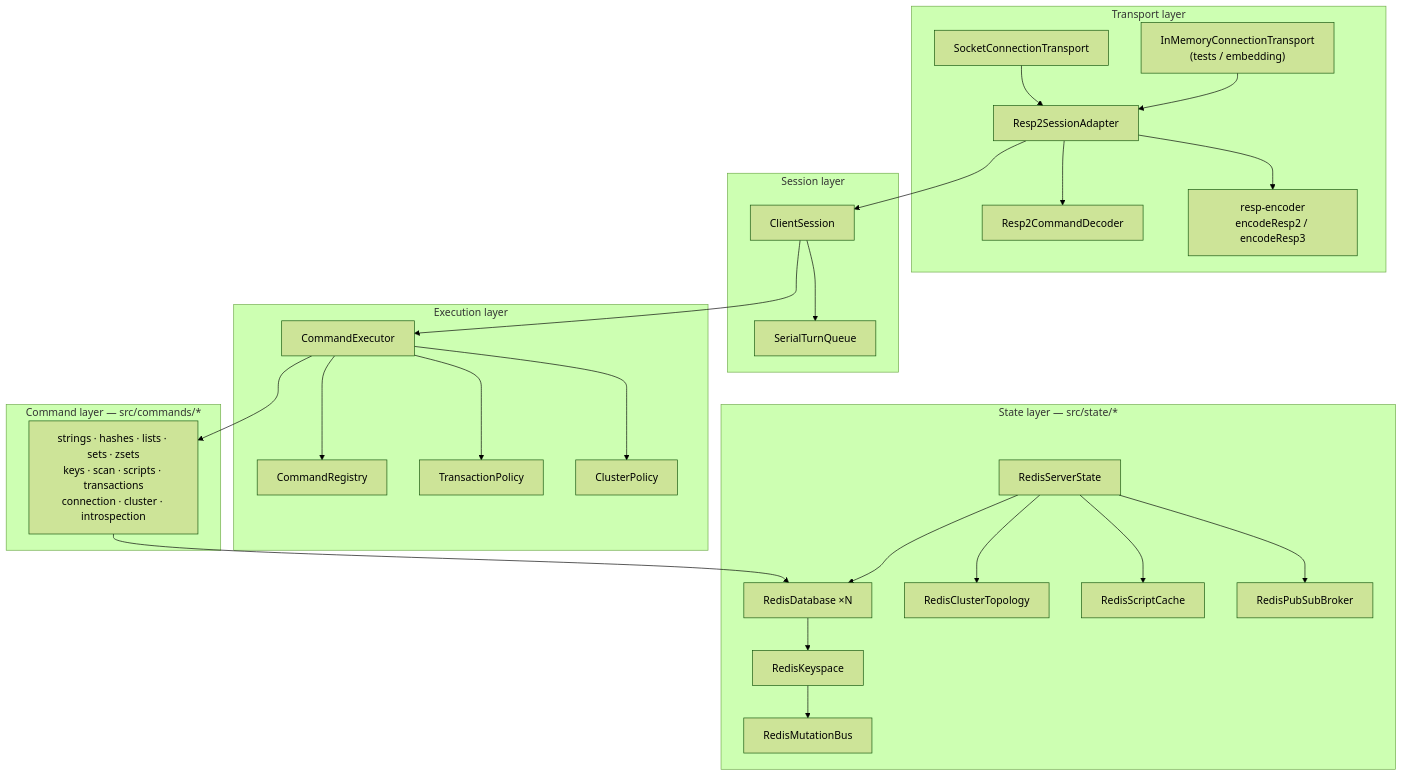
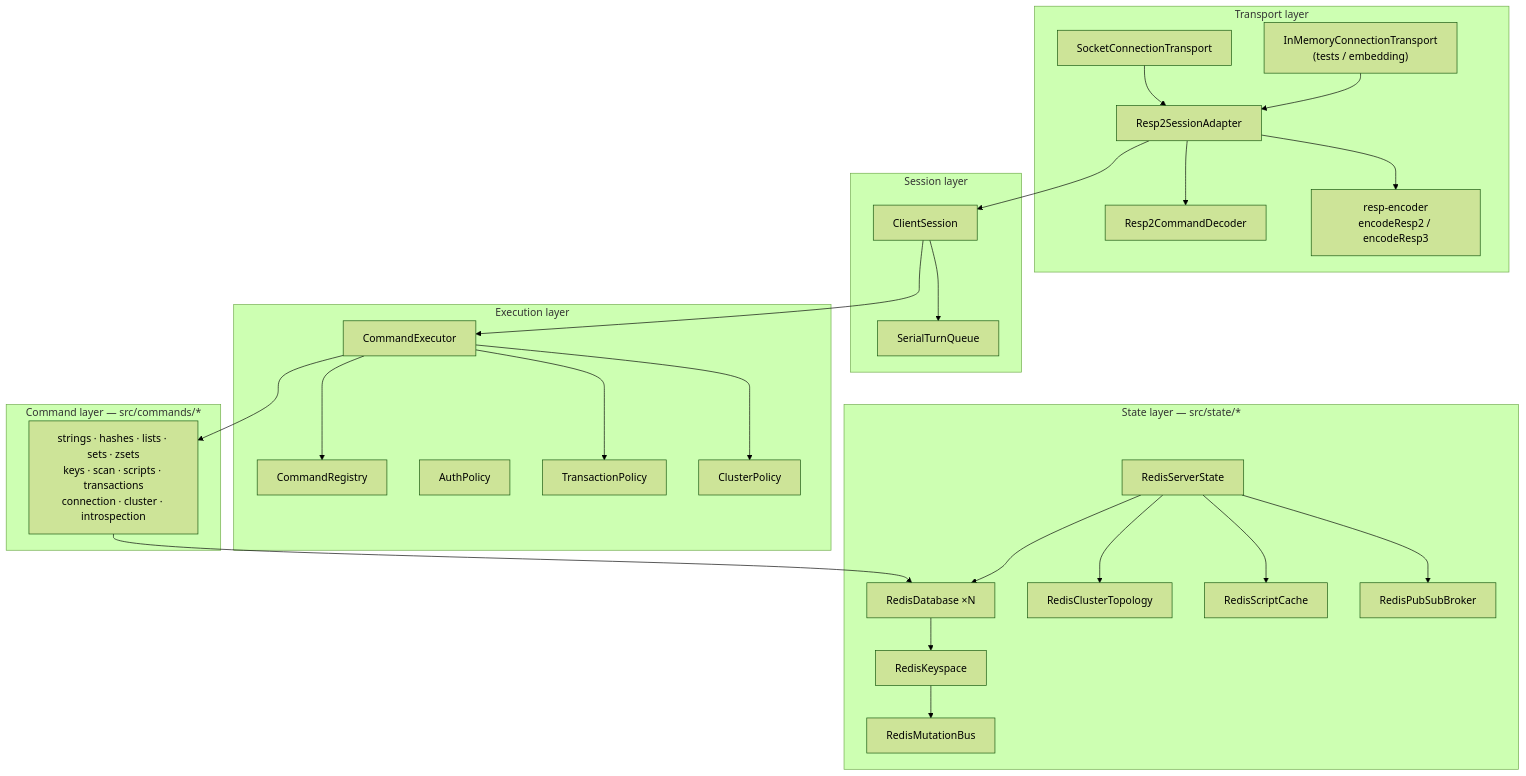
One commit to fatal10110/js-redis-server changed the second of 6 diagrams in docs/ARCHITECTURE.md. Above: the diagram before and after it, drawn with Mermaid (forest theme). The commit also changed other lines of this file and 18 other files, not shown here.

````diff
--- a/docs/ARCHITECTURE.md
+++ b/docs/ARCHITECTURE.md
@@ -64,54 +64,55 @@
 ```mermaid
 graph TD
     subgraph "Transport layer"
         ST[SocketConnectionTransport]
         IT["InMemoryConnectionTransport<br/>(tests / embedding)"]
         SA[Resp2SessionAdapter]
         DEC[Resp2CommandDecoder]
         ENC["resp-encoder<br/>encodeResp2 / encodeResp3"]
     end
 
     subgraph "Session layer"
         CS[ClientSession]
         TQ[SerialTurnQueue]
     end
 
     subgraph "Execution layer"
         CE[CommandExecutor]
         CR[CommandRegistry]
+        AP[AuthPolicy]
         TP[TransactionPolicy]
         CP[ClusterPolicy]
     end
 
     subgraph "Command layer — src/commands/*"
         CMD["strings · hashes · lists · sets · zsets<br/>keys · scan · scripts · transactions<br/>connection · cluster · introspection"]
     end
 
     subgraph "State layer — src/state/*"
         SS[RedisServerState]
         RD["RedisDatabase ×N"]
         KS[RedisKeyspace]
         MB[RedisMutationBus]
         CT[RedisClusterTopology]
         SCC[RedisScriptCache]
         PB[RedisPubSubBroker]
     end
 
     ST & IT --> SA
     SA --> DEC
     SA --> ENC
     SA --> CS
     CS --> TQ
     CS --> CE
     CE --> CR
     CE --> TP
     CE --> CP
     CE --> CMD
     CMD --> RD
     SS --> RD
     SS --> CT
     SS --> SCC
     SS --> PB
     RD --> KS
     KS --> MB
 ```
````
